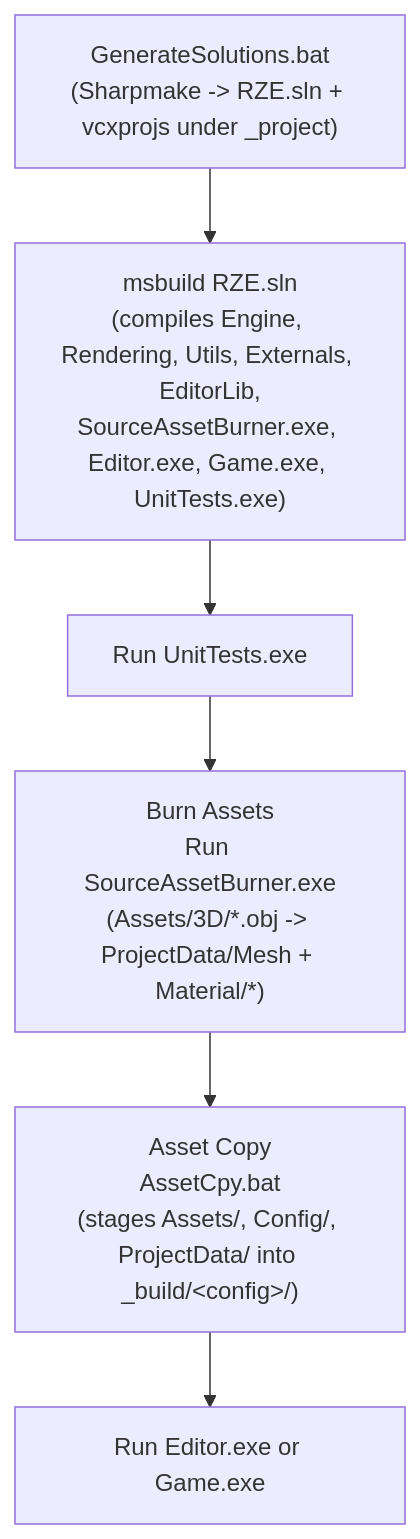
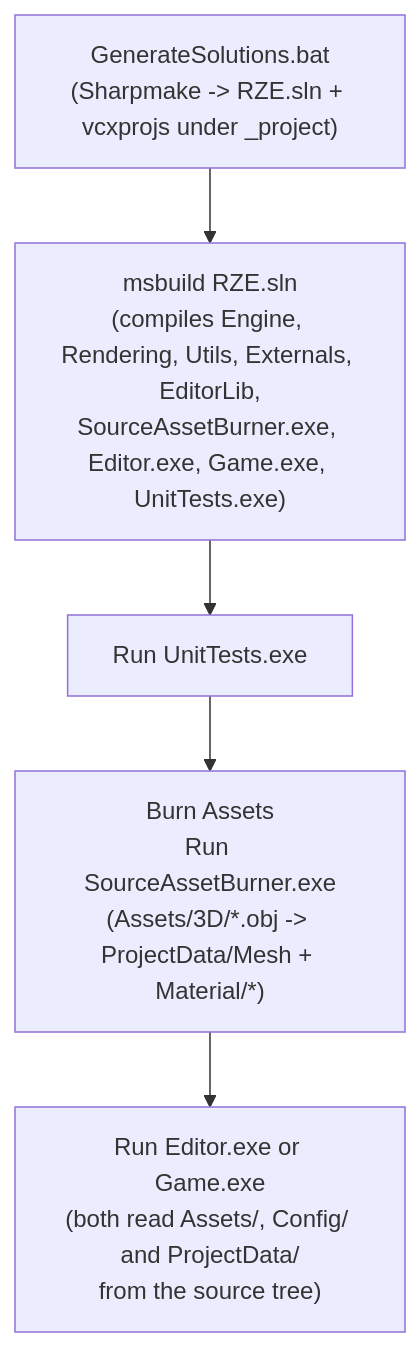
Before and after one commit to b1nary0/RZE: the diagram in Docs/Generated/Engine/01-GettingStarted/Building-And-Running.md, drawn with Mermaid. The commit also changed other lines of this file and 8 other files, not shown here.

First line of the commit message:
Document reading game data from the source tree, and drop AssetCpy from the docs

````diff
--- a/Docs/Generated/Engine/01-GettingStarted/Building-And-Running.md
+++ b/Docs/Generated/Engine/01-GettingStarted/Building-And-Running.md
@@ -9,9 +9,8 @@
 ```mermaid
 %%{init: {'flowchart': {'subGraphTitleMargin': {'top': 6, 'bottom': 10}}, 'themeCSS': '.labelBkg, .edgeLabel { background-color: var(--background-primary) !important; } .messageText, .labelText, .loopText { paint-order: stroke; stroke: var(--background-primary); stroke-width: 5px; stroke-linejoin: round; }'}}%%
 flowchart TD
     A["GenerateSolutions.bat<br/>(Sharpmake -> RZE.sln + vcxprojs under _project)"] --> B["msbuild RZE.sln<br/>(compiles Engine, Rendering, Utils, Externals, EditorLib,<br/>SourceAssetBurner.exe, Editor.exe, Game.exe, UnitTests.exe)"]
     B --> T["Run UnitTests.exe"]
     T --> C["Burn Assets<br/>Run SourceAssetBurner.exe<br/>(Assets/3D/*.obj -> ProjectData/Mesh + Material/*)"]
-    C --> D["Asset Copy<br/>AssetCpy.bat<br/>(stages Assets/, Config/, ProjectData/ into _build/&lt;config&gt;/)"]
-    D --> E["Run Editor.exe or Game.exe"]
+    C --> E["Run Editor.exe or Game.exe<br/>(both read Assets/, Config/ and ProjectData/<br/>from the source tree)"]
 ```
````
